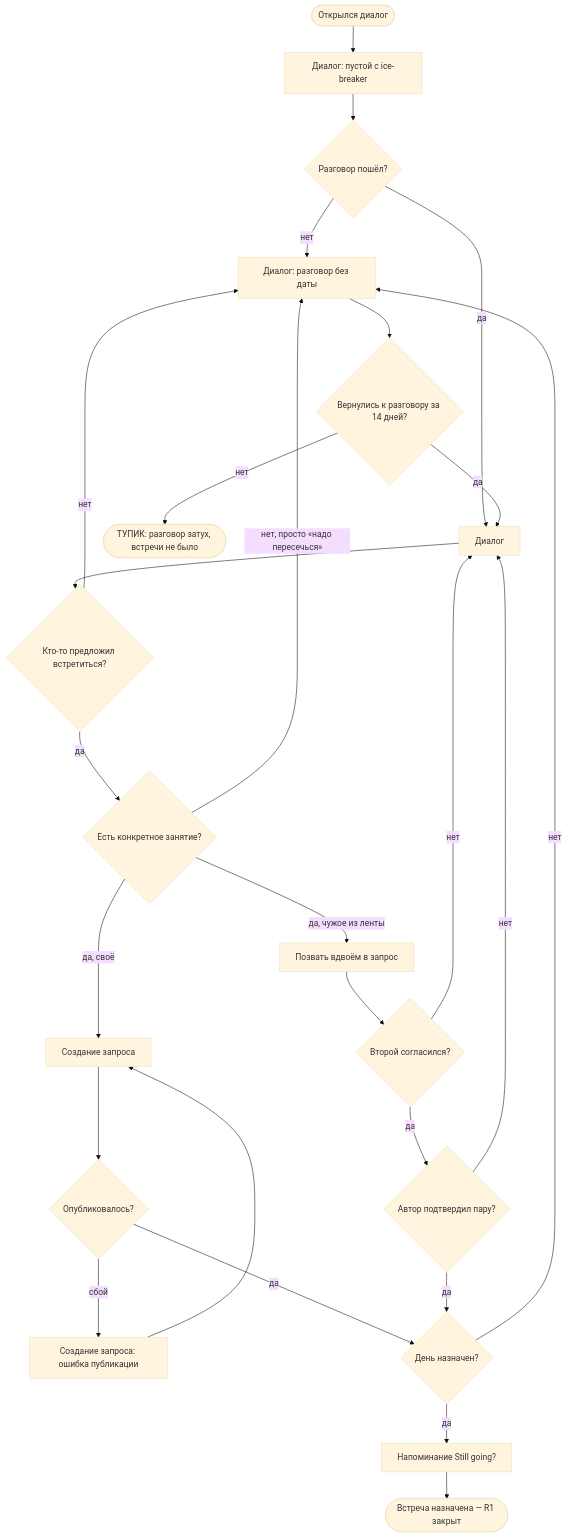
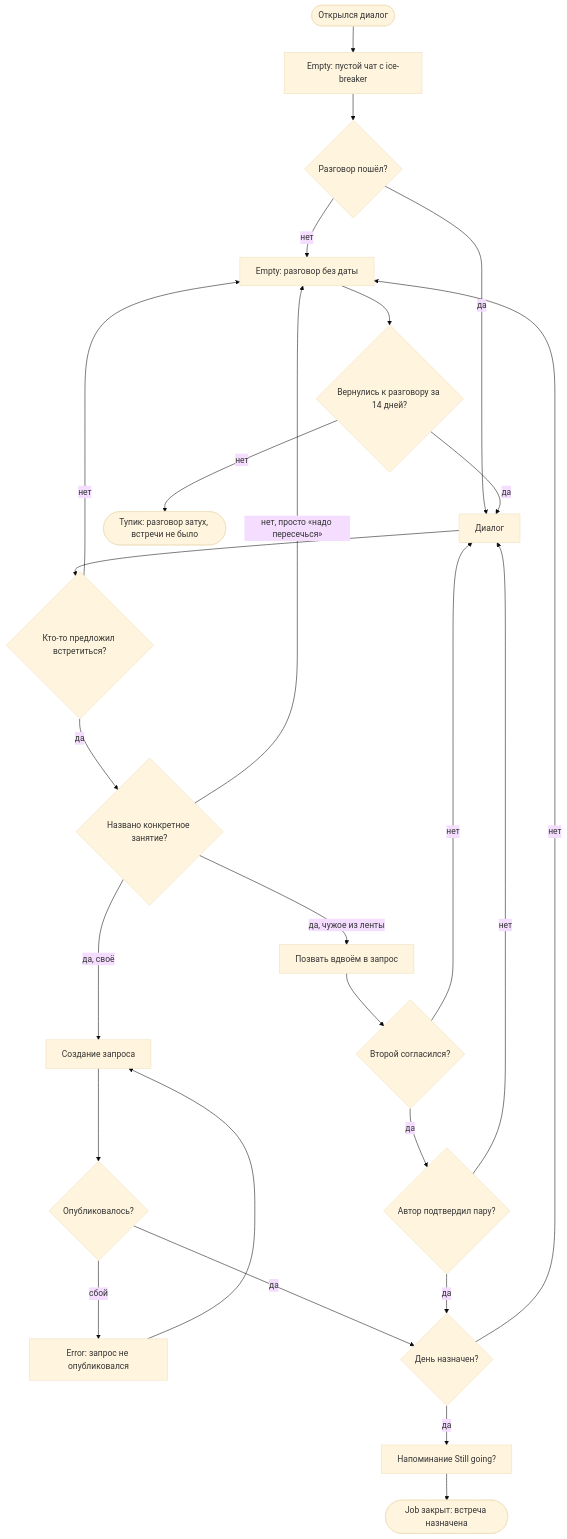
The second of 5 diagrams in flows.md (yulyaklim16-spec/meetmates), drawn with Mermaid (base theme) before and after one commit. The commit also changed other lines of this file, not shown here.

First line of the commit message:
Put every flow into one markup convention

````diff
--- a/flows.md
+++ b/flows.md
@@ -164,34 +174,34 @@
 ```mermaid
 flowchart TD
-    A(["Открылся диалог"]) --> B["Диалог: пустой с ice-breaker"]
-    B --> C{"Разговор пошёл?"}
-    C -->|нет| D["Диалог: разговор без даты"]
-    C -->|да| E["Диалог"]
+    Start([Открылся диалог]) --> Empty["Empty: пустой чат с ice-breaker"]
+    Empty --> Started{Разговор пошёл?}
+    Started -->|нет| Dead
+    Started -->|да| Dialog[Диалог]
 
-    E --> F{"Кто-то предложил встретиться?"}
-    F -->|нет| D
-    F -->|да| G{"Есть конкретное занятие?"}
+    Dialog --> Proposed{Кто-то предложил встретиться?}
+    Proposed -->|нет| Dead["Empty: разговор без даты"]
+    Proposed -->|да| HasActivity{Названо конкретное занятие?}
 
-    G -->|нет, просто «надо пересечься»| D
-    G -->|да, своё| H["Создание запроса"]
-    G -->|да, чужое из ленты| I["Позвать вдвоём в запрос"]
+    HasActivity -->|нет, просто «надо пересечься»| Dead
+    HasActivity -->|да, своё| Create[Создание запроса]
+    HasActivity -->|да, чужое из ленты| Pair[Позвать вдвоём в запрос]
 
-    H --> J{"Опубликовалось?"}
-    J -->|сбой| K["Создание запроса: ошибка публикации"]
-    K --> H
-    J -->|да| N
+    Create --> Published{Опубликовалось?}
+    Published -->|сбой| CreateErr["Error: запрос не опубликовался"]
+    CreateErr --> Create
+    Published -->|да| DateSet
 
-    I --> L{"Второй согласился?"}
-    L -->|нет| E
-    L -->|да| M{"Автор подтвердил пару?"}
-    M -->|нет| E
-    M -->|да| N{"День назначен?"}
+    Pair --> SecondAgrees{Второй согласился?}
+    SecondAgrees -->|нет| Dialog
+    SecondAgrees -->|да| AuthorPair{Автор подтвердил пару?}
+    AuthorPair -->|нет| Dialog
+    AuthorPair -->|да| DateSet{День назначен?}
 
-    N -->|нет| D
-    N -->|да| O["Напоминание Still going?"]
-    O --> P(["Встреча назначена — R1 закрыт"])
+    DateSet -->|нет| Dead
+    DateSet -->|да| Remind[Напоминание Still going?]
+    Remind --> Win(["Job закрыт: встреча назначена"])
 
-    D --> Q{"Вернулись к разговору за 14 дней?"}
-    Q -->|да| E
-    Q -->|нет| R(["ТУПИК: разговор затух, встречи не было"])
+    Dead --> Revived{Вернулись к разговору за 14 дней?}
+    Revived -->|да| Dialog
+    Revived -->|нет| Stuck(["Тупик: разговор затух, встречи не было"])
 ```
````
